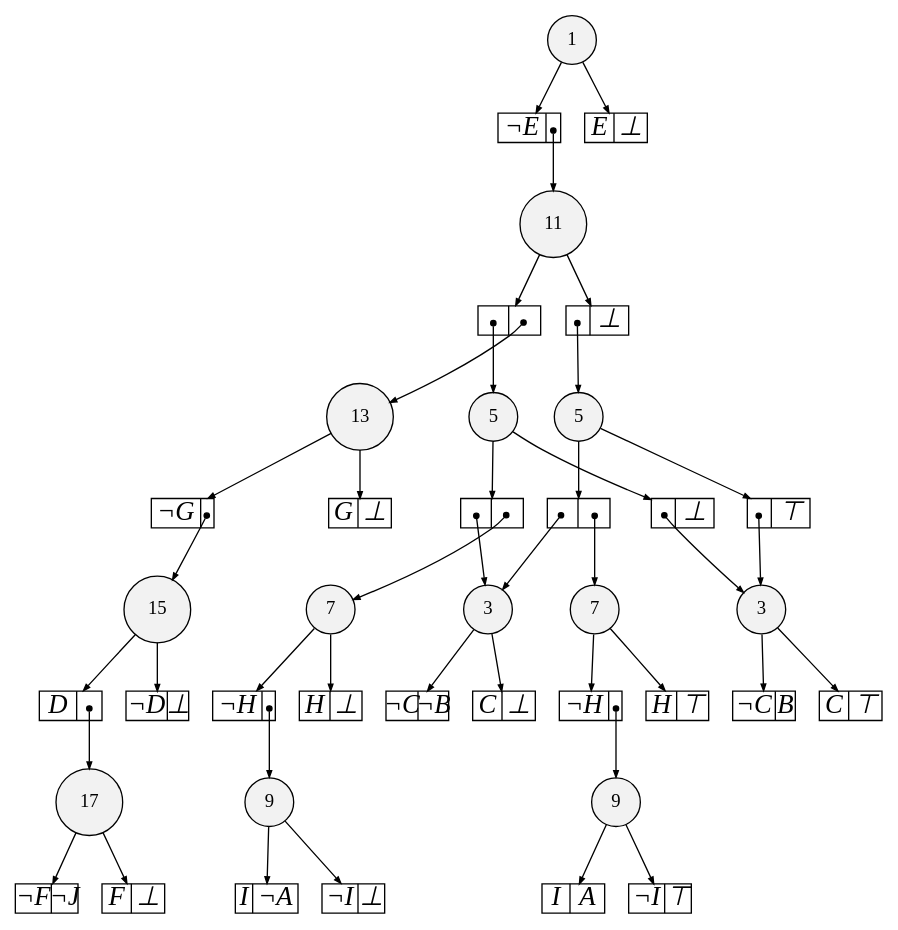
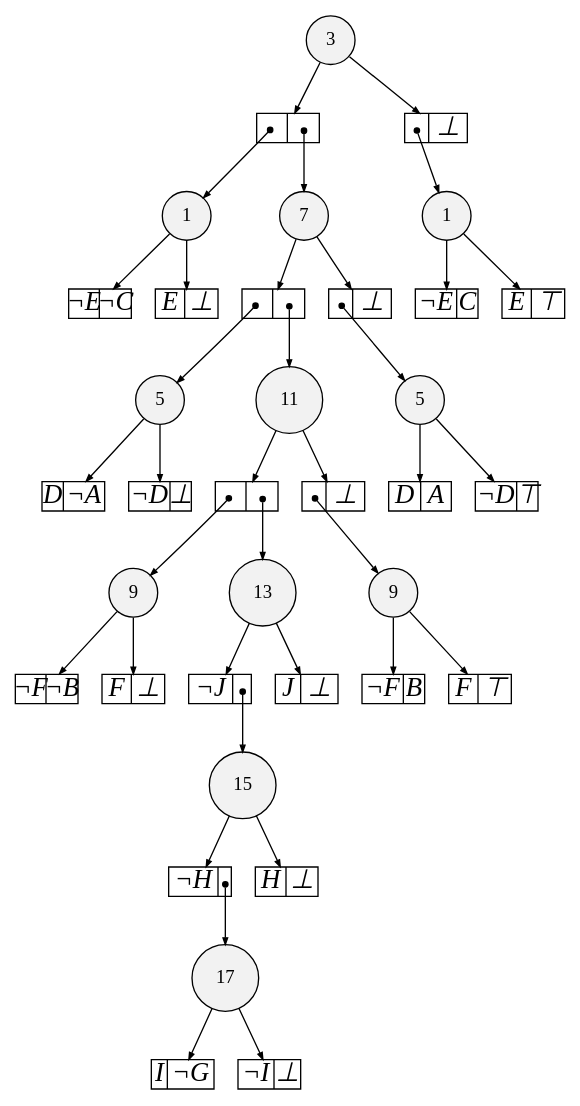
The diagram in report/1.4/monty/random_m_sdd.dot (ZuoMatthew/ma2-csai-probabilistic-programming), drawn with Graphviz before and after one commit. The commit also changed 68 other files, not shown here.

```diff
--- a/report/1.4/monty/random_m_sdd.dot
+++ b/report/1.4/monty/random_m_sdd.dot
@@ -3,19 +3,19 @@
 
 overlap=false
 
-{rank=same; n683 }
-{rank=same; n535 }
-{rank=same; n441 }
-{rank=same; n809 }
-{rank=same; n533 n789 }
-{rank=same; n735 n790 }
-{rank=same; n806 n808 }
-{rank=same; n803 n805 }
-{rank=same; n810 }
+{rank=same; n188 }
+{rank=same; n1489 }
+{rank=same; n1490 }
+{rank=same; n1533 }
+{rank=same; n1479 n1532 }
+{rank=same; n1535 }
+{rank=same; n954 n1534 }
+{rank=same; n1541 }
+{rank=same; n1538 n1540 }
 
-n683 [label= "17",style=filled,fillcolor=gray95,shape=circle,height=.25,width=.25]; 
-n683e0
-      [label= "<L>&not;F|<R>&not;J",
+n188 [label= "17",style=filled,fillcolor=gray95,shape=circle,height=.25,width=.25]; 
+n188e0
+      [label= "<L>I|<R>&not;G",
       shape=record,
       fontsize=20,
       fontname="Times-Italic",
@@ -25,8 +25,113 @@
       height=.30, 
       width=.65];
 
-n683->n683e0 [arrowsize=.50];
-n683e1
+n188->n188e0 [arrowsize=.50];
+n188e1
+      [label= "<L>&not;I|<R>&#8869;",
+      shape=record,
+      fontsize=20,
+      fontname="Times-Italic",
+      fillcolor=white,
+      style=filled,
+      fixedsize=true,
+      height=.30, 
+      width=.65];
+
+n188->n188e1 [arrowsize=.50];
+n1489 [label= "15",style=filled,fillcolor=gray95,shape=circle,height=.25,width=.25]; 
+n1489e0
+      [label= "<L>&not;H|<R>",
+      shape=record,
+      fontsize=20,
+      fontname="Times-Italic",
+      fillcolor=white,
+      style=filled,
+      fixedsize=true,
+      height=.30, 
+      width=.65];
+
+n1489->n1489e0 [arrowsize=.50];
+n1489e0:R:c->n188 [arrowsize=.50,tailclip=false,arrowtail=dot,dir=both];
+n1489e1
+      [label= "<L>H|<R>&#8869;",
+      shape=record,
+      fontsize=20,
+      fontname="Times-Italic",
+      fillcolor=white,
+      style=filled,
+      fixedsize=true,
+      height=.30, 
+      width=.65];
+
+n1489->n1489e1 [arrowsize=.50];
+n1490 [label= "13",style=filled,fillcolor=gray95,shape=circle,height=.25,width=.25]; 
+n1490e0
+      [label= "<L>&not;J|<R>",
+      shape=record,
+      fontsize=20,
+      fontname="Times-Italic",
+      fillcolor=white,
+      style=filled,
+      fixedsize=true,
+      height=.30, 
+      width=.65];
+
+n1490->n1490e0 [arrowsize=.50];
+n1490e0:R:c->n1489 [arrowsize=.50,tailclip=false,arrowtail=dot,dir=both];
+n1490e1
+      [label= "<L>J|<R>&#8869;",
+      shape=record,
+      fontsize=20,
+      fontname="Times-Italic",
+      fillcolor=white,
+      style=filled,
+      fixedsize=true,
+      height=.30, 
+      width=.65];
+
+n1490->n1490e1 [arrowsize=.50];
+n1533 [label= "11",style=filled,fillcolor=gray95,shape=circle,height=.25,width=.25]; 
+n1533e0
+      [label= "<L>|<R>",
+      shape=record,
+      fontsize=20,
+      fontname="Times-Italic",
+      fillcolor=white,
+      style=filled,
+      fixedsize=true,
+      height=.30, 
+      width=.65];
+
+n1533->n1533e0 [arrowsize=.50];
+n1533e0:L:c->n1479 [arrowsize=.50,tailclip=false,arrowtail=dot,dir=both];
+n1533e0:R:c->n1490 [arrowsize=.50,tailclip=false,arrowtail=dot,dir=both];
+n1533e1
+      [label= "<L>|<R>&#8869;",
+      shape=record,
+      fontsize=20,
+      fontname="Times-Italic",
+      fillcolor=white,
+      style=filled,
+      fixedsize=true,
+      height=.30, 
+      width=.65];
+
+n1533->n1533e1 [arrowsize=.50];
+n1533e1:L:c->n1532 [arrowsize=.50,tailclip=false,arrowtail=dot,dir=both];
+n1479 [label= "9",style=filled,fillcolor=gray95,shape=circle,height=.25,width=.25]; 
+n1479e0
+      [label= "<L>&not;F|<R>&not;B",
+      shape=record,
+      fontsize=20,
+      fontname="Times-Italic",
+      fillcolor=white,
+      style=filled,
+      fixedsize=true,
+      height=.30, 
+      width=.65];
+
+n1479->n1479e0 [arrowsize=.50];
+n1479e1
       [label= "<L>F|<R>&#8869;",
       shape=record,
       fontsize=20,
@@ -37,10 +142,10 @@
       height=.30, 
       width=.65];
 
-n683->n683e1 [arrowsize=.50];
-n535 [label= "15",style=filled,fillcolor=gray95,shape=circle,height=.25,width=.25]; 
-n535e0
-      [label= "<L>D|<R>",
+n1479->n1479e1 [arrowsize=.50];
+n1532 [label= "9",style=filled,fillcolor=gray95,shape=circle,height=.25,width=.25]; 
+n1532e0
+      [label= "<L>&not;F|<R>B",
       shape=record,
       fontsize=20,
       fontname="Times-Italic",
@@ -50,9 +155,61 @@
       height=.30, 
       width=.65];
 
-n535->n535e0 [arrowsize=.50];
-n535e0:R:c->n683 [arrowsize=.50,tailclip=false,arrowtail=dot,dir=both];
-n535e1
+n1532->n1532e0 [arrowsize=.50];
+n1532e1
+      [label= "<L>F|<R>&#8868;",
+      shape=record,
+      fontsize=20,
+      fontname="Times-Italic",
+      fillcolor=white,
+      style=filled,
+      fixedsize=true,
+      height=.30, 
+      width=.65];
+
+n1532->n1532e1 [arrowsize=.50];
+n1535 [label= "7",style=filled,fillcolor=gray95,shape=circle,height=.25,width=.25]; 
+n1535e0
+      [label= "<L>|<R>",
+      shape=record,
+      fontsize=20,
+      fontname="Times-Italic",
+      fillcolor=white,
+      style=filled,
+      fixedsize=true,
+      height=.30, 
+      width=.65];
+
+n1535->n1535e0 [arrowsize=.50];
+n1535e0:L:c->n954 [arrowsize=.50,tailclip=false,arrowtail=dot,dir=both];
+n1535e0:R:c->n1533 [arrowsize=.50,tailclip=false,arrowtail=dot,dir=both];
+n1535e1
+      [label= "<L>|<R>&#8869;",
+      shape=record,
+      fontsize=20,
+      fontname="Times-Italic",
+      fillcolor=white,
+      style=filled,
+      fixedsize=true,
+      height=.30, 
+      width=.65];
+
+n1535->n1535e1 [arrowsize=.50];
+n1535e1:L:c->n1534 [arrowsize=.50,tailclip=false,arrowtail=dot,dir=both];
+n954 [label= "5",style=filled,fillcolor=gray95,shape=circle,height=.25,width=.25]; 
+n954e0
+      [label= "<L>D|<R>&not;A",
+      shape=record,
+      fontsize=20,
+      fontname="Times-Italic",
+      fillcolor=white,
+      style=filled,
+      fixedsize=true,
+      height=.30, 
+      width=.65];
+
+n954->n954e0 [arrowsize=.50];
+n954e1
       [label= "<L>&not;D|<R>&#8869;",
       shape=record,
       fontsize=20,
@@ -63,10 +220,10 @@
       height=.30, 
       width=.65];
 
-n535->n535e1 [arrowsize=.50];
-n441 [label= "13",style=filled,fillcolor=gray95,shape=circle,height=.25,width=.25]; 
-n441e0
-      [label= "<L>&not;G|<R>",
+n954->n954e1 [arrowsize=.50];
+n1534 [label= "5",style=filled,fillcolor=gray95,shape=circle,height=.25,width=.25]; 
+n1534e0
+      [label= "<L>D|<R>A",
       shape=record,
       fontsize=20,
       fontname="Times-Italic",
@@ -76,10 +233,9 @@
       height=.30, 
       width=.65];
 
-n441->n441e0 [arrowsize=.50];
-n441e0:R:c->n535 [arrowsize=.50,tailclip=false,arrowtail=dot,dir=both];
-n441e1
-      [label= "<L>G|<R>&#8869;",
+n1534->n1534e0 [arrowsize=.50];
+n1534e1
+      [label= "<L>&not;D|<R>&#8868;",
       shape=record,
       fontsize=20,
       fontname="Times-Italic",
@@ -89,9 +245,9 @@
       height=.30, 
       width=.65];
 
-n441->n441e1 [arrowsize=.50];
-n809 [label= "11",style=filled,fillcolor=gray95,shape=circle,height=.25,width=.25]; 
-n809e0
+n1534->n1534e1 [arrowsize=.50];
+n1541 [label= "3",style=filled,fillcolor=gray95,shape=circle,height=.25,width=.25]; 
+n1541e0
       [label= "<L>|<R>",
       shape=record,
       fontsize=20,
@@ -102,10 +258,10 @@
       height=.30, 
       width=.65];
 
-n809->n809e0 [arrowsize=.50];
-n809e0:L:c->n806 [arrowsize=.50,tailclip=false,arrowtail=dot,dir=both];
-n809e0:R:c->n441 [arrowsize=.50,tailclip=false,arrowtail=dot,dir=both];
-n809e1
+n1541->n1541e0 [arrowsize=.50];
+n1541e0:L:c->n1538 [arrowsize=.50,tailclip=false,arrowtail=dot,dir=both];
+n1541e0:R:c->n1535 [arrowsize=.50,tailclip=false,arrowtail=dot,dir=both];
+n1541e1
       [label= "<L>|<R>&#8869;",
       shape=record,
       fontsize=20,
@@ -116,11 +272,11 @@
       height=.30, 
       width=.65];
 
-n809->n809e1 [arrowsize=.50];
-n809e1:L:c->n808 [arrowsize=.50,tailclip=false,arrowtail=dot,dir=both];
-n533 [label= "9",style=filled,fillcolor=gray95,shape=circle,height=.25,width=.25]; 
-n533e0
-      [label= "<L>I|<R>&not;A",
+n1541->n1541e1 [arrowsize=.50];
+n1541e1:L:c->n1540 [arrowsize=.50,tailclip=false,arrowtail=dot,dir=both];
+n1538 [label= "1",style=filled,fillcolor=gray95,shape=circle,height=.25,width=.25]; 
+n1538e0
+      [label= "<L>&not;E|<R>&not;C",
       shape=record,
       fontsize=20,
       fontname="Times-Italic",
@@ -130,217 +286,8 @@
       height=.30, 
       width=.65];
 
-n533->n533e0 [arrowsize=.50];
-n533e1
-      [label= "<L>&not;I|<R>&#8869;",
-      shape=record,
-      fontsize=20,
-      fontname="Times-Italic",
-      fillcolor=white,
-      style=filled,
-      fixedsize=true,
-      height=.30, 
-      width=.65];
-
-n533->n533e1 [arrowsize=.50];
-n789 [label= "9",style=filled,fillcolor=gray95,shape=circle,height=.25,width=.25]; 
-n789e0
-      [label= "<L>I|<R>A",
-      shape=record,
-      fontsize=20,
-      fontname="Times-Italic",
-      fillcolor=white,
-      style=filled,
-      fixedsize=true,
-      height=.30, 
-      width=.65];
-
-n789->n789e0 [arrowsize=.50];
-n789e1
-      [label= "<L>&not;I|<R>&#8868;",
-      shape=record,
-      fontsize=20,
-      fontname="Times-Italic",
-      fillcolor=white,
-      style=filled,
-      fixedsize=true,
-      height=.30, 
-      width=.65];
-
-n789->n789e1 [arrowsize=.50];
-n735 [label= "7",style=filled,fillcolor=gray95,shape=circle,height=.25,width=.25]; 
-n735e0
-      [label= "<L>&not;H|<R>",
-      shape=record,
-      fontsize=20,
-      fontname="Times-Italic",
-      fillcolor=white,
-      style=filled,
-      fixedsize=true,
-      height=.30, 
-      width=.65];
-
-n735->n735e0 [arrowsize=.50];
-n735e0:R:c->n533 [arrowsize=.50,tailclip=false,arrowtail=dot,dir=both];
-n735e1
-      [label= "<L>H|<R>&#8869;",
-      shape=record,
-      fontsize=20,
-      fontname="Times-Italic",
-      fillcolor=white,
-      style=filled,
-      fixedsize=true,
-      height=.30, 
-      width=.65];
-
-n735->n735e1 [arrowsize=.50];
-n790 [label= "7",style=filled,fillcolor=gray95,shape=circle,height=.25,width=.25]; 
-n790e0
-      [label= "<L>&not;H|<R>",
-      shape=record,
-      fontsize=20,
-      fontname="Times-Italic",
-      fillcolor=white,
-      style=filled,
-      fixedsize=true,
-      height=.30, 
-      width=.65];
-
-n790->n790e0 [arrowsize=.50];
-n790e0:R:c->n789 [arrowsize=.50,tailclip=false,arrowtail=dot,dir=both];
-n790e1
-      [label= "<L>H|<R>&#8868;",
-      shape=record,
-      fontsize=20,
-      fontname="Times-Italic",
-      fillcolor=white,
-      style=filled,
-      fixedsize=true,
-      height=.30, 
-      width=.65];
-
-n790->n790e1 [arrowsize=.50];
-n806 [label= "5",style=filled,fillcolor=gray95,shape=circle,height=.25,width=.25]; 
-n806e0
-      [label= "<L>|<R>",
-      shape=record,
-      fontsize=20,
-      fontname="Times-Italic",
-      fillcolor=white,
-      style=filled,
-      fixedsize=true,
-      height=.30, 
-      width=.65];
-
-n806->n806e0 [arrowsize=.50];
-n806e0:L:c->n803 [arrowsize=.50,tailclip=false,arrowtail=dot,dir=both];
-n806e0:R:c->n735 [arrowsize=.50,tailclip=false,arrowtail=dot,dir=both];
-n806e1
-      [label= "<L>|<R>&#8869;",
-      shape=record,
-      fontsize=20,
-      fontname="Times-Italic",
-      fillcolor=white,
-      style=filled,
-      fixedsize=true,
-      height=.30, 
-      width=.65];
-
-n806->n806e1 [arrowsize=.50];
-n806e1:L:c->n805 [arrowsize=.50,tailclip=false,arrowtail=dot,dir=both];
-n808 [label= "5",style=filled,fillcolor=gray95,shape=circle,height=.25,width=.25]; 
-n808e0
-      [label= "<L>|<R>",
-      shape=record,
-      fontsize=20,
-      fontname="Times-Italic",
-      fillcolor=white,
-      style=filled,
-      fixedsize=true,
-      height=.30, 
-      width=.65];
-
-n808->n808e0 [arrowsize=.50];
-n808e0:L:c->n803 [arrowsize=.50,tailclip=false,arrowtail=dot,dir=both];
-n808e0:R:c->n790 [arrowsize=.50,tailclip=false,arrowtail=dot,dir=both];
-n808e1
-      [label= "<L>|<R>&#8868;",
-      shape=record,
-      fontsize=20,
-      fontname="Times-Italic",
-      fillcolor=white,
-      style=filled,
-      fixedsize=true,
-      height=.30, 
-      width=.65];
-
-n808->n808e1 [arrowsize=.50];
-n808e1:L:c->n805 [arrowsize=.50,tailclip=false,arrowtail=dot,dir=both];
-n803 [label= "3",style=filled,fillcolor=gray95,shape=circle,height=.25,width=.25]; 
-n803e0
-      [label= "<L>&not;C|<R>&not;B",
-      shape=record,
-      fontsize=20,
-      fontname="Times-Italic",
-      fillcolor=white,
-      style=filled,
-      fixedsize=true,
-      height=.30, 
-      width=.65];
-
-n803->n803e0 [arrowsize=.50];
-n803e1
-      [label= "<L>C|<R>&#8869;",
-      shape=record,
-      fontsize=20,
-      fontname="Times-Italic",
-      fillcolor=white,
-      style=filled,
-      fixedsize=true,
-      height=.30, 
-      width=.65];
-
-n803->n803e1 [arrowsize=.50];
-n805 [label= "3",style=filled,fillcolor=gray95,shape=circle,height=.25,width=.25]; 
-n805e0
-      [label= "<L>&not;C|<R>B",
-      shape=record,
-      fontsize=20,
-      fontname="Times-Italic",
-      fillcolor=white,
-      style=filled,
-      fixedsize=true,
-      height=.30, 
-      width=.65];
-
-n805->n805e0 [arrowsize=.50];
-n805e1
-      [label= "<L>C|<R>&#8868;",
-      shape=record,
-      fontsize=20,
-      fontname="Times-Italic",
-      fillcolor=white,
-      style=filled,
-      fixedsize=true,
-      height=.30, 
-      width=.65];
-
-n805->n805e1 [arrowsize=.50];
-n810 [label= "1",style=filled,fillcolor=gray95,shape=circle,height=.25,width=.25]; 
-n810e0
-      [label= "<L>&not;E|<R>",
-      shape=record,
-      fontsize=20,
-      fontname="Times-Italic",
-      fillcolor=white,
-      style=filled,
-      fixedsize=true,
-      height=.30, 
-      width=.65];
-
-n810->n810e0 [arrowsize=.50];
-n810e0:R:c->n809 [arrowsize=.50,tailclip=false,arrowtail=dot,dir=both];
-n810e1
+n1538->n1538e0 [arrowsize=.50];
+n1538e1
       [label= "<L>E|<R>&#8869;",
       shape=record,
       fontsize=20,
@@ -351,7 +298,32 @@
       height=.30, 
       width=.65];
 
-n810->n810e1 [arrowsize=.50];
+n1538->n1538e1 [arrowsize=.50];
+n1540 [label= "1",style=filled,fillcolor=gray95,shape=circle,height=.25,width=.25]; 
+n1540e0
+      [label= "<L>&not;E|<R>C",
+      shape=record,
+      fontsize=20,
+      fontname="Times-Italic",
+      fillcolor=white,
+      style=filled,
+      fixedsize=true,
+      height=.30, 
+      width=.65];
+
+n1540->n1540e0 [arrowsize=.50];
+n1540e1
+      [label= "<L>E|<R>&#8868;",
+      shape=record,
+      fontsize=20,
+      fontname="Times-Italic",
+      fillcolor=white,
+      style=filled,
+      fixedsize=true,
+      height=.30, 
+      width=.65];
+
+n1540->n1540e1 [arrowsize=.50];
 
 
 }
```
